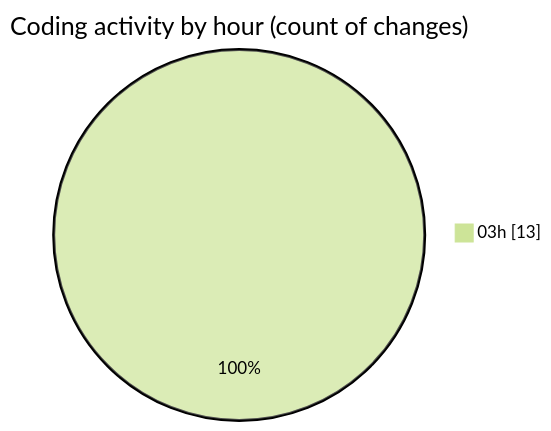
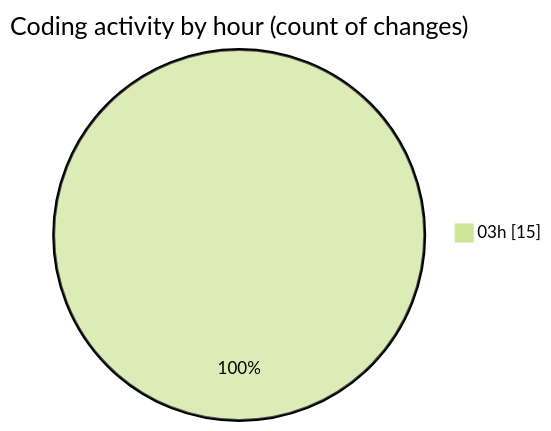
The second of 2 diagrams in 2025-09-07/quytuthien_vn/README.md (lephambinh05/code-tracking), drawn with Mermaid (forest theme) before and after one commit. The commit also changed other lines of this file and 1 other file, not shown here.

````diff
--- a/2025-09-07/quytuthien_vn/README.md
+++ b/2025-09-07/quytuthien_vn/README.md
@@ -29,5 +29,5 @@
 ```mermaid
 pie showData
 title Coding activity by hour (count of changes)
-"03h" : 13
+"03h" : 15
 ```
````
